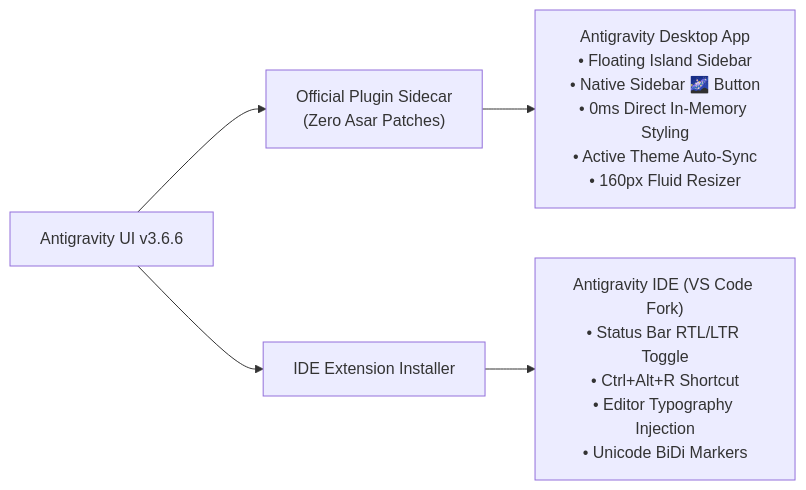
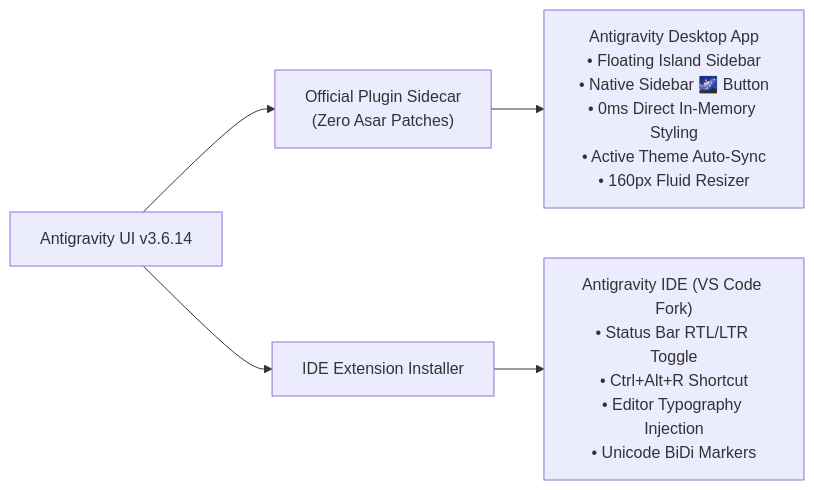
One commit to omid-io/antigravity-ui changed the diagram in README.md. Above: the diagram before and after it, drawn with Mermaid. The commit also changed other lines of this file and 5 other files, not shown here.

````diff
--- a/README.md
+++ b/README.md
@@ -119,7 +126,7 @@
 ```mermaid
 flowchart LR
-    A["Antigravity UI v3.6.6"] --> B["Official Plugin Sidecar<br/>(Zero Asar Patches)"]
+    A["Antigravity UI v3.6.14"] --> B["Official Plugin Sidecar<br/>(Zero Asar Patches)"]
     A --> C["IDE Extension Installer"]
     B --> D["Antigravity Desktop App<br/>• Floating Island Sidebar<br/>• Native Sidebar 🌌 Button<br/>• 0ms Direct In-Memory Styling<br/>• Active Theme Auto-Sync<br/>• 160px Fluid Resizer"]
     C --> E["Antigravity IDE (VS Code Fork)<br/>• Status Bar RTL/LTR Toggle<br/>• Ctrl+Alt+R Shortcut<br/>• Editor Typography Injection<br/>• Unicode BiDi Markers"]
 ```
````
